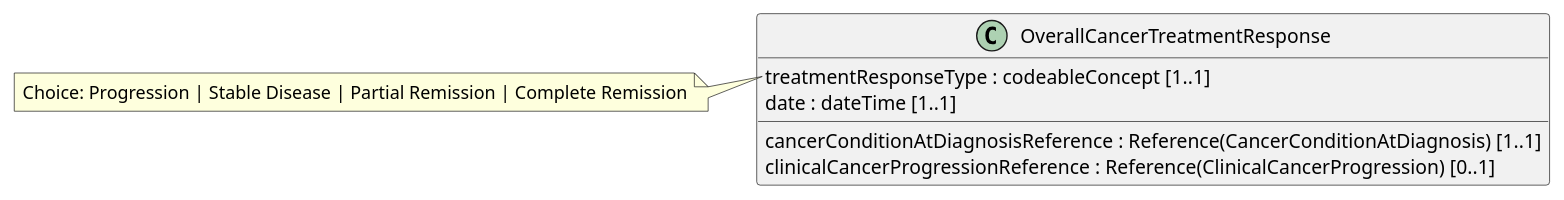
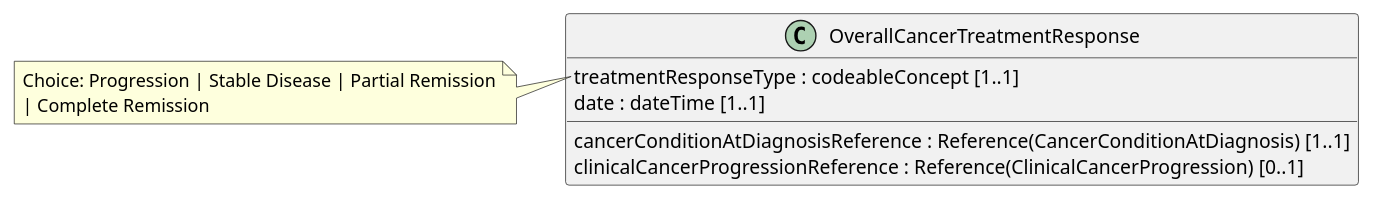
Before and after one commit to rgazzarata/cancer-common: the diagram in input/images-source/OverallCancerTreatmentResponse_LM.plantuml, drawn with PlantUML. The commit also changed 25 other files, not shown here.

```diff
--- a/input/images-source/OverallCancerTreatmentResponse_LM.plantuml
+++ b/input/images-source/OverallCancerTreatmentResponse_LM.plantuml
@@ -1,15 +1,16 @@
 @startuml
 hide empty members
 skinparam classAttributeIconSize 0
 
 class OverallCancerTreatmentResponse {
   cancerConditionAtDiagnosisReference : Reference(CancerConditionAtDiagnosis) [1..1]
   clinicalCancerProgressionReference : Reference(ClinicalCancerProgression) [0..1]
   treatmentResponseType : codeableConcept [1..1]
   date : dateTime [1..1]
 }
 
 note left of OverallCancerTreatmentResponse::treatmentResponseType
-Choice: Progression | Stable Disease | Partial Remission | Complete Remission
+Choice: Progression | Stable Disease | Partial Remission
+| Complete Remission
 end note
 @enduml
```
